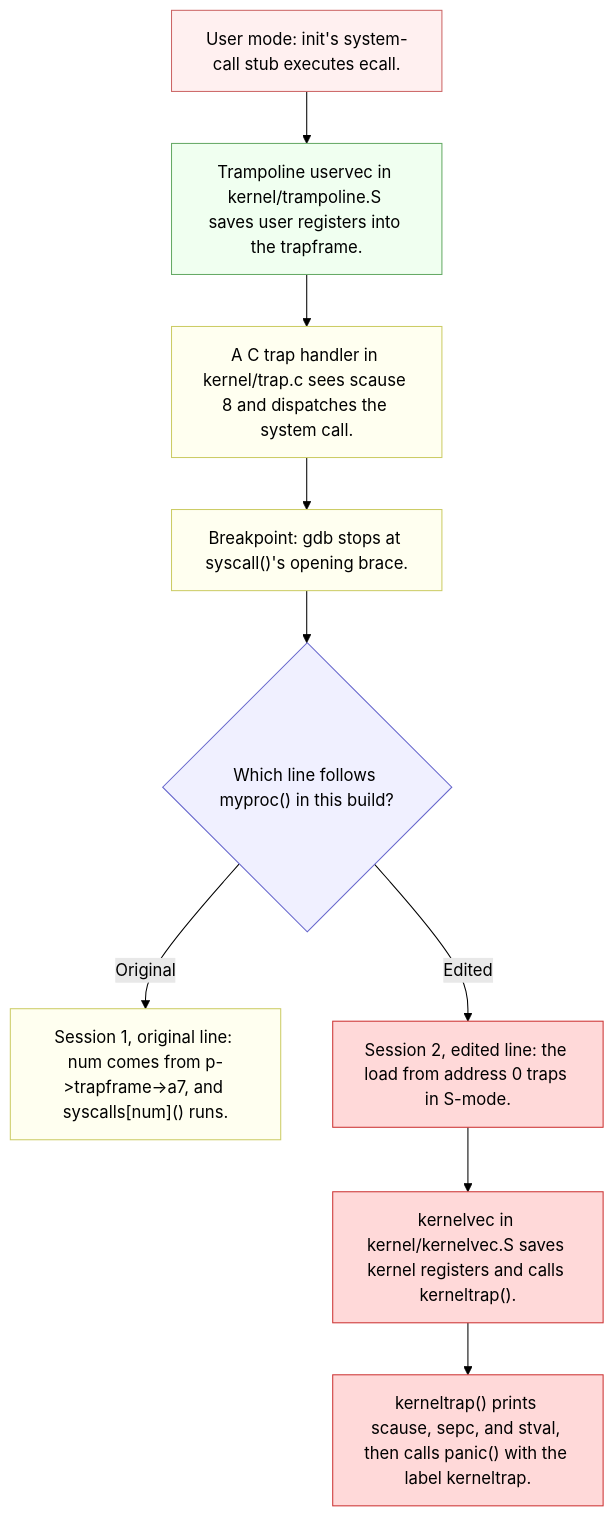
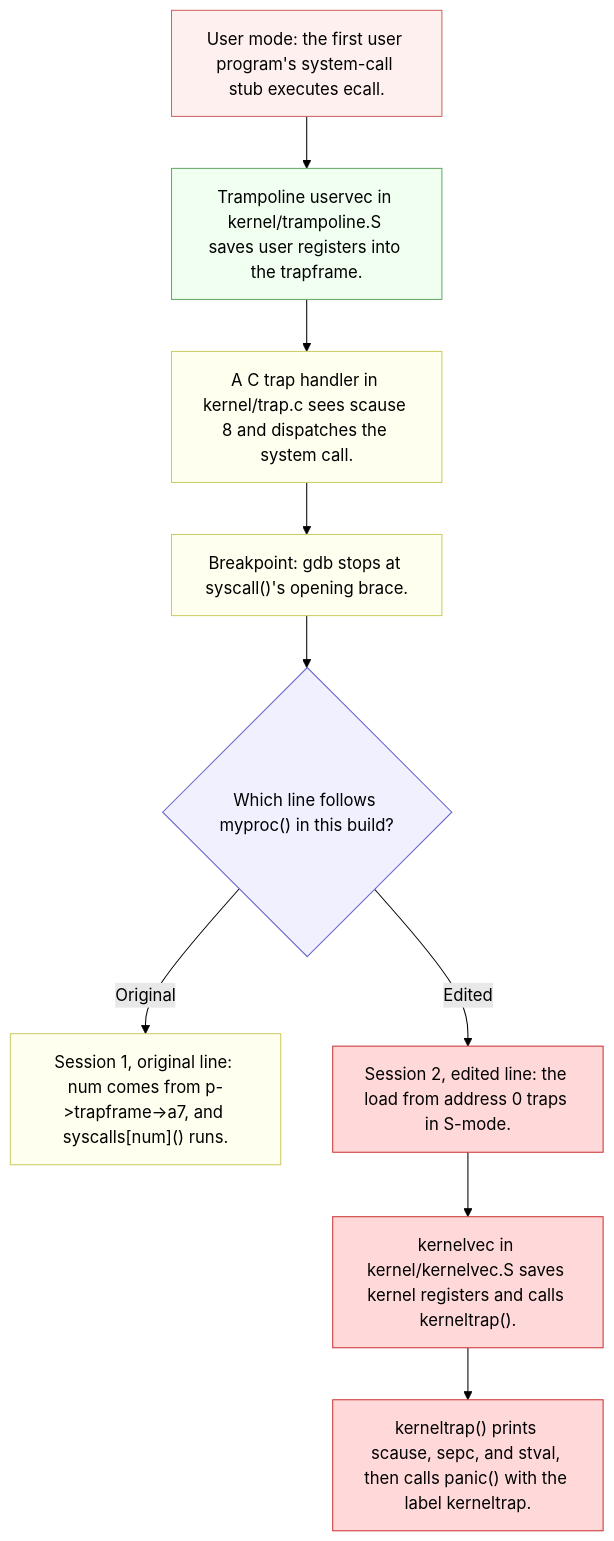
One commit to cv47522/xv6-riscv changed the first of 2 diagrams in docs/labs/12-syscall-using-gdb.md. Above: the diagram before and after it, drawn with Mermaid (forest theme). The commit also changed other lines of this file and 4 other files, not shown here.

````diff
--- a/docs/labs/12-syscall-using-gdb.md
+++ b/docs/labs/12-syscall-using-gdb.md
@@ -125,27 +127,27 @@
 ```mermaid
 flowchart TD
-    U["User mode: init's system-call stub executes ecall."]
+    U["User mode: the first user program's system-call stub executes ecall."]
     T["Trampoline uservec in kernel/trampoline.S saves user registers into the trapframe."]
     UT["A C trap handler in kernel/trap.c sees scause 8 and dispatches the system call."]
     B["Breakpoint: gdb stops at syscall()'s opening brace."]
     Q{"Which line follows myproc() in this build?"}
     N["Session 1, original line: num comes from p->trapframe->a7, and syscalls[num]() runs."]
     F["Session 2, edited line: the load from address 0 traps in S-mode."]
     KV["kernelvec in kernel/kernelvec.S saves kernel registers and calls kerneltrap()."]
     P["kerneltrap() prints scause, sepc, and stval, then calls panic() with the label kerneltrap."]
 
     U --> T --> UT --> B --> Q
     Q -->|Original| N
     Q -->|Edited| F --> KV --> P
 
     classDef request fill:#fff0f0,stroke:#c66
     classDef decision fill:#f0f0ff,stroke:#66c
     classDef data fill:#f0fff0,stroke:#6a6
     classDef processing fill:#fffff0,stroke:#cc6
     classDef failure fill:#ffd9d9,stroke:#c33
     class U request
     class T data
     class UT,B,N processing
     class Q decision
     class F,KV,P failure
 ```
````
